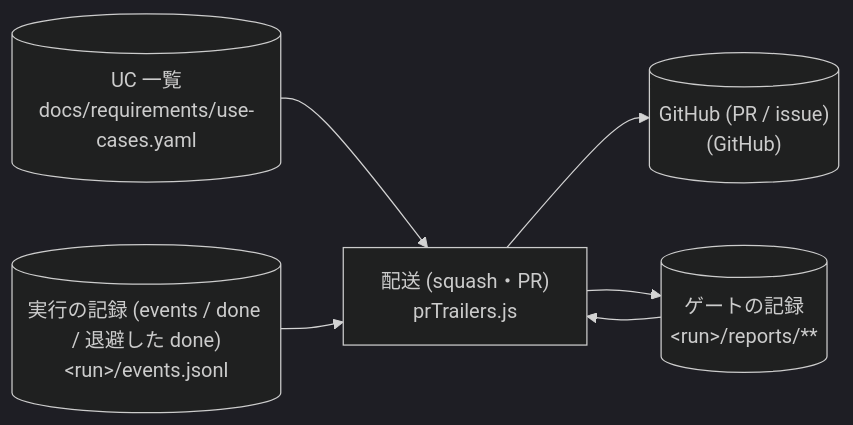
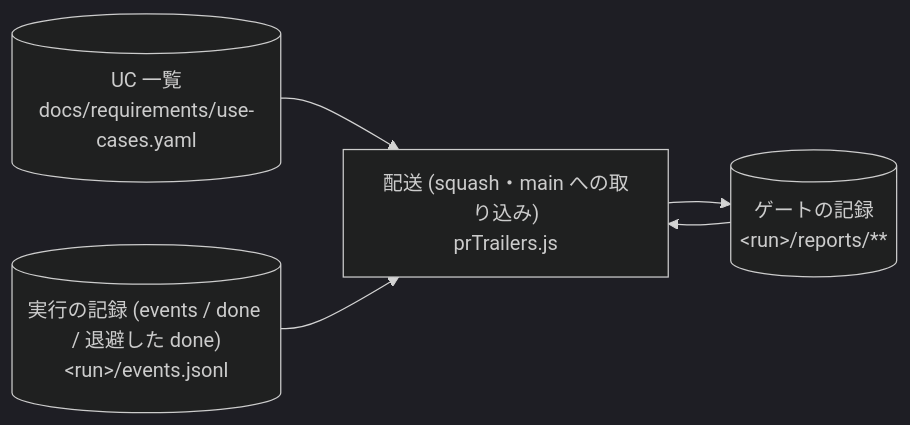
Before and after one commit to suwa-sh/suwa-sh-claude-plugins: diagram 38 of 43 in plugins/distillery2/skills/d2-common/references/dataflow.md, drawn with Mermaid (dark theme). The commit also changed other lines of this file and 20 other files, not shown here.

First line of the commit message:
feat(distillery2): PR / issue をやめ、配送と還流を git とファイルだけで完結させる (0.1.26)

````diff
--- a/plugins/distillery2/skills/d2-common/references/dataflow.md
+++ b/plugins/distillery2/skills/d2-common/references/dataflow.md
@@ -923,13 +923,11 @@
 ```mermaid
 flowchart LR
-  p_run_uc_deliver["配送 (squash・PR)<br/>prTrailers.js"]
+  p_run_uc_deliver["配送 (squash・main への取り込み)<br/>prTrailers.js"]
   s_use_cases[("UC 一覧<br/>docs/requirements/use-cases.yaml")]
   s_reports[("ゲートの記録<br/>#lt;run#gt;/reports/**")]
   s_run_events[("実行の記録 (events / done / 退避した done)<br/>#lt;run#gt;/events.jsonl")]
-  s_github[("GitHub (PR / issue)<br/>(GitHub)")]
   s_use_cases --> p_run_uc_deliver
   s_reports --> p_run_uc_deliver
   s_run_events --> p_run_uc_deliver
-  p_run_uc_deliver --> s_github
   p_run_uc_deliver --> s_reports
 ```
````
